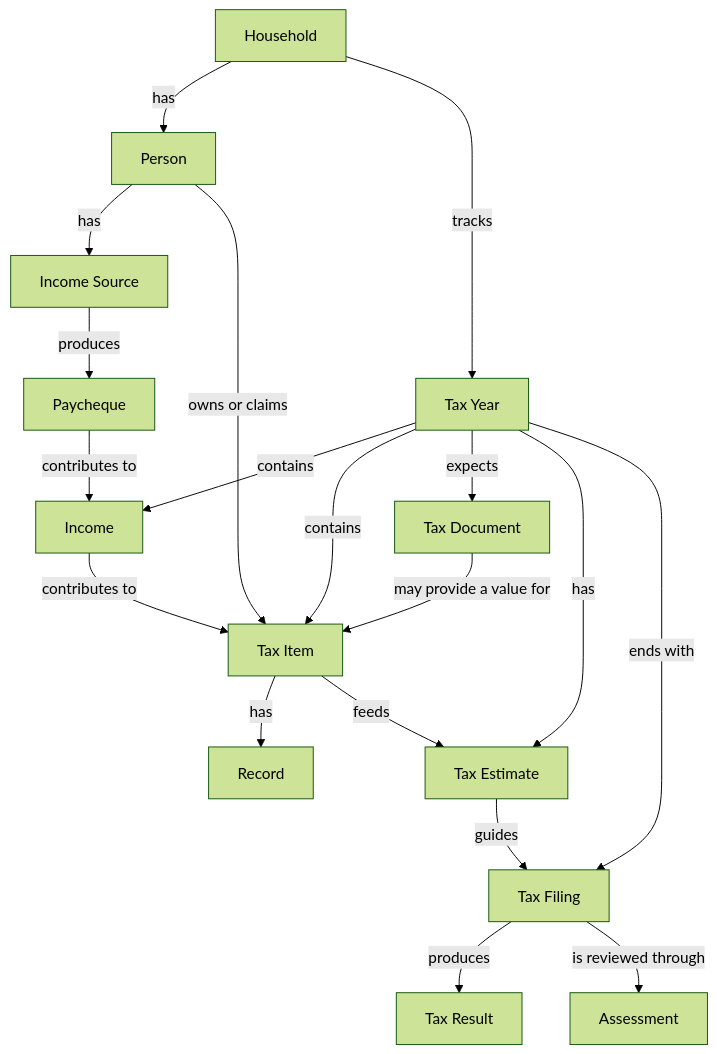
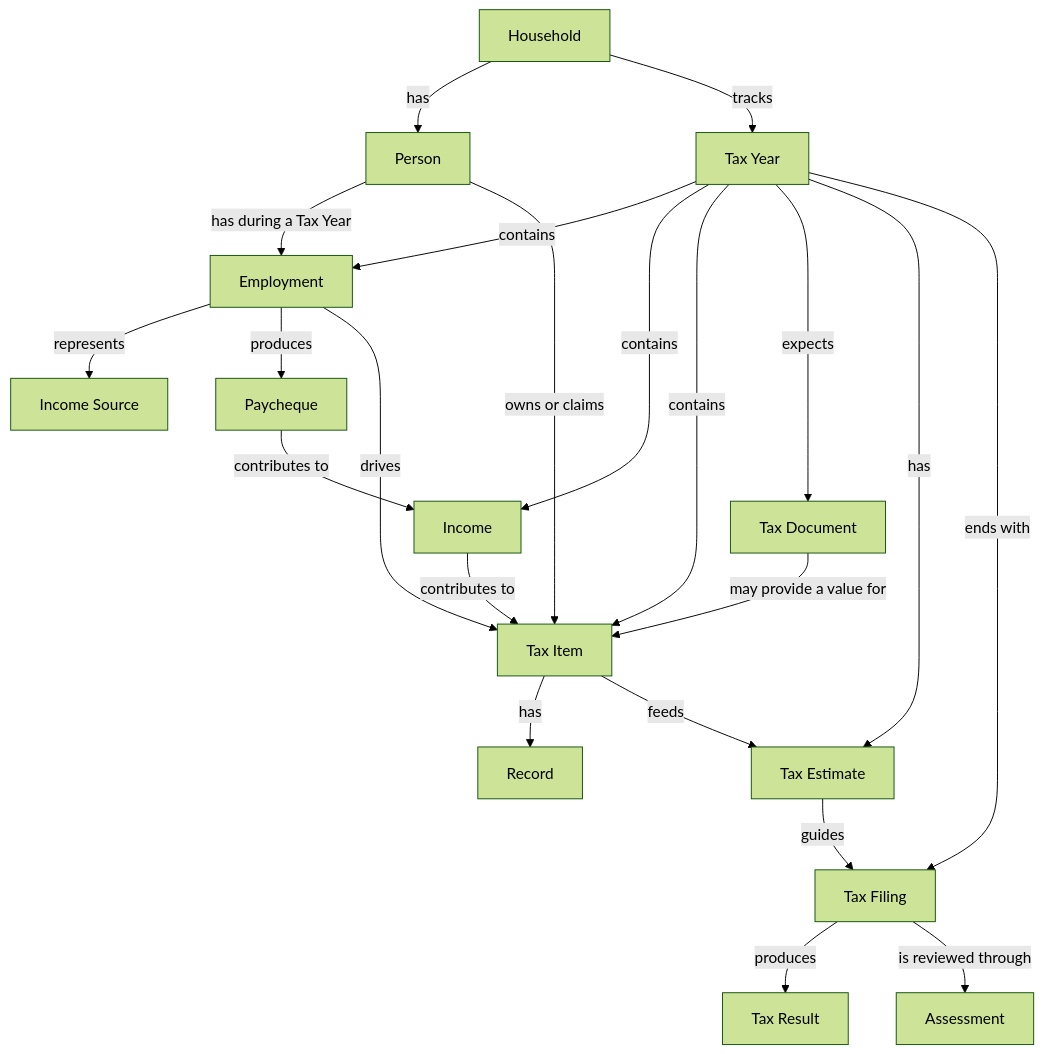
The diagram in docs/domain.md (yourtoolshq/taxbook), drawn with Mermaid (forest theme) before and after one commit. The commit also changed other lines of this file and 25 other files, not shown here.

````diff
--- a/docs/domain.md
+++ b/docs/domain.md
@@ -105,46 +120,50 @@
 ```mermaid
 flowchart TD
 
     Household[Household]
     Person[Person]
     TaxYear[Tax Year]
 
     IncomeSource[Income Source]
+    Employment[Employment]
     Paycheque[Paycheque]
     Income[Income]
 
     TaxItem[Tax Item]
     Record[Record]
     TaxDocument[Tax Document]
 
     TaxEstimate[Tax Estimate]
     TaxFiling[Tax Filing]
     TaxResult[Tax Result]
     Assessment[Assessment]
 
     Household -->|has| Person
     Household -->|tracks| TaxYear
 
-    Person -->|has| IncomeSource
-    IncomeSource -->|produces| Paycheque
+    Person -->|has during a Tax Year| Employment
+    TaxYear -->|contains| Employment
+    Employment -->|represents| IncomeSource
+    Employment -->|produces| Paycheque
+    Employment -->|drives| TaxItem
     Paycheque -->|contributes to| Income
 
     TaxYear -->|contains| Income
     TaxYear -->|contains| TaxItem
     TaxYear -->|expects| TaxDocument
     TaxYear -->|has| TaxEstimate
     TaxYear -->|ends with| TaxFiling
 
     Person -->|owns or claims| TaxItem
 
     Income -->|contributes to| TaxItem
 
     TaxItem -->|has| Record
     TaxDocument -->|may provide a value for| TaxItem
 
     TaxItem -->|feeds| TaxEstimate
 
     TaxEstimate -->|guides| TaxFiling
     TaxFiling -->|produces| TaxResult
     TaxFiling -->|is reviewed through| Assessment
 ```
````
